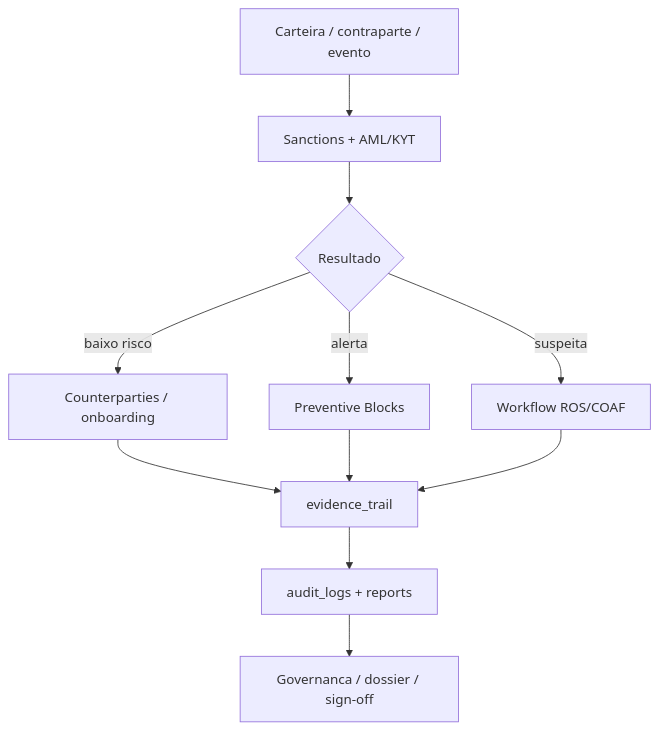
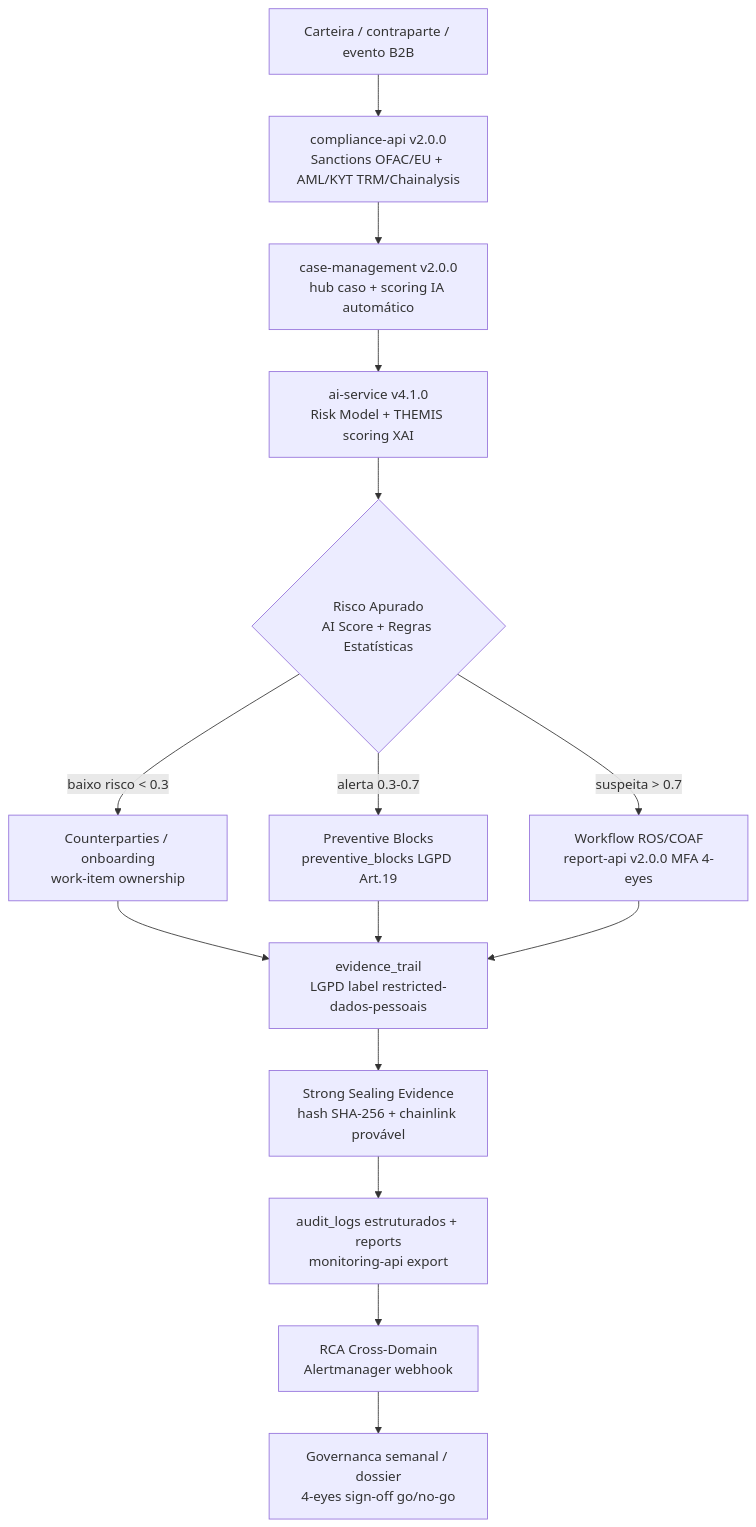
The fourth of 12 diagrams in README.md (Jistriane/Ontrackchain), drawn with Mermaid before and after one commit. The commit also changed other lines of this file and 4 other files, not shown here.

````diff
--- a/README.md
+++ b/README.md
@@ -191,13 +286,17 @@
 ```mermaid
 flowchart TD
-    Input[Carteira / contraparte / evento] --> Screening[Sanctions + AML/KYT]
-    Screening --> Decision{Resultado}
-    Decision -->|baixo risco| Counterparty[Counterparties / onboarding]
-    Decision -->|alerta| Block[Preventive Blocks]
-    Decision -->|suspeita| ROS[Workflow ROS/COAF]
-    Counterparty --> Evidence[evidence_trail]
+    Input[Carteira / contraparte / evento B2B] --> Screening[compliance-api v2.0.0<br/>Sanctions OFAC/EU + AML/KYT TRM/Chainalysis]
+    Screening --> CM[case-management v2.0.0<br/>hub caso + scoring IA automático]
+    CM --> AI[ai-service v4.1.0<br/>Risk Model + THEMIS scoring XAI]
+    AI --> Decision{Risco Apurado\nAI Score + Regras Estatísticas}
+    Decision -->|baixo risco < 0.3| Counterparty[Counterparties / onboarding\nwork-item ownership]
+    Decision -->|alerta 0.3-0.7| Block[Preventive Blocks\npreventive_blocks LGPD Art.19]
+    Decision -->|suspeita > 0.7| ROS[Workflow ROS/COAF\nreport-api v2.0.0 MFA 4-eyes]
+    Counterparty --> Evidence[evidence_trail\nLGPD label restricted-dados-pessoais]
     Block --> Evidence
     ROS --> Evidence
-    Evidence --> Audit[audit_logs + reports]
-    Audit --> Gov[Governanca / dossier / sign-off]
+    Evidence --> Seal[Strong Sealing Evidence<br/>hash SHA-256 + chainlink provável]
+    Seal --> Audit[audit_logs estruturados + reports\nmonitoring-api export]
+    Audit --> RCA[RCA Cross-Domain\nAlertmanager webhook]
+    RCA --> Gov[Governanca semanal / dossier\n4-eyes sign-off go/no-go]
 ```
````
